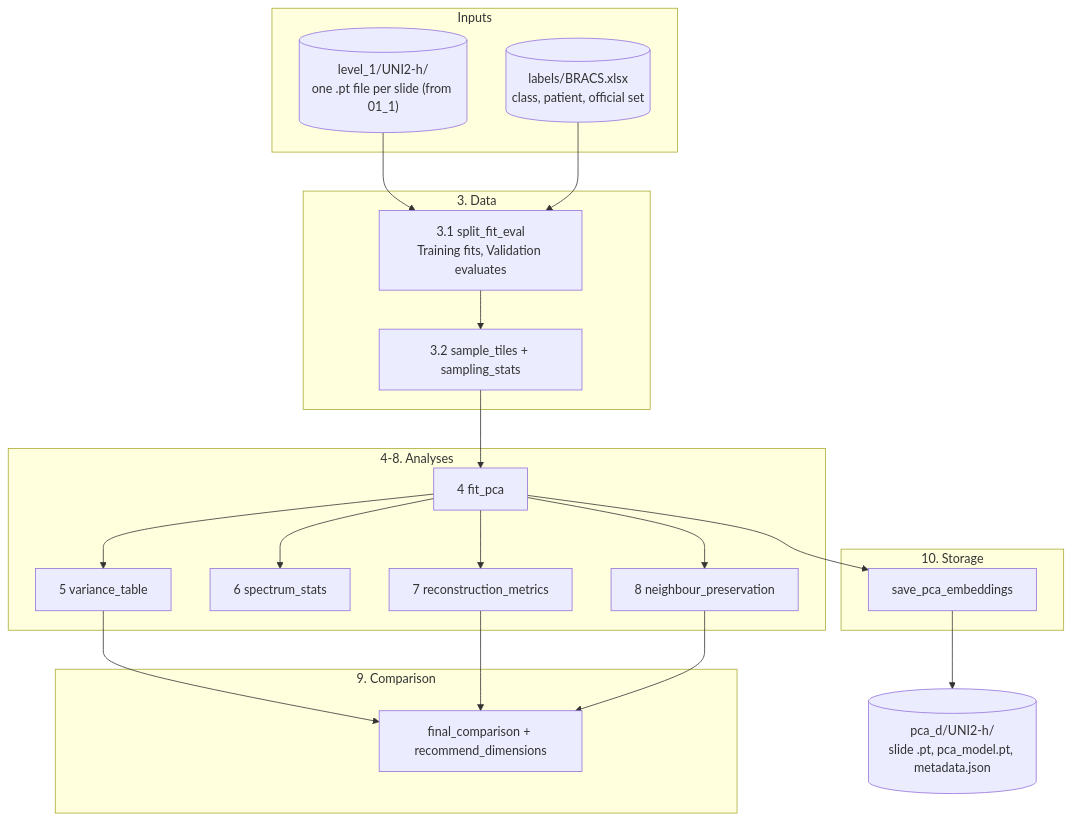
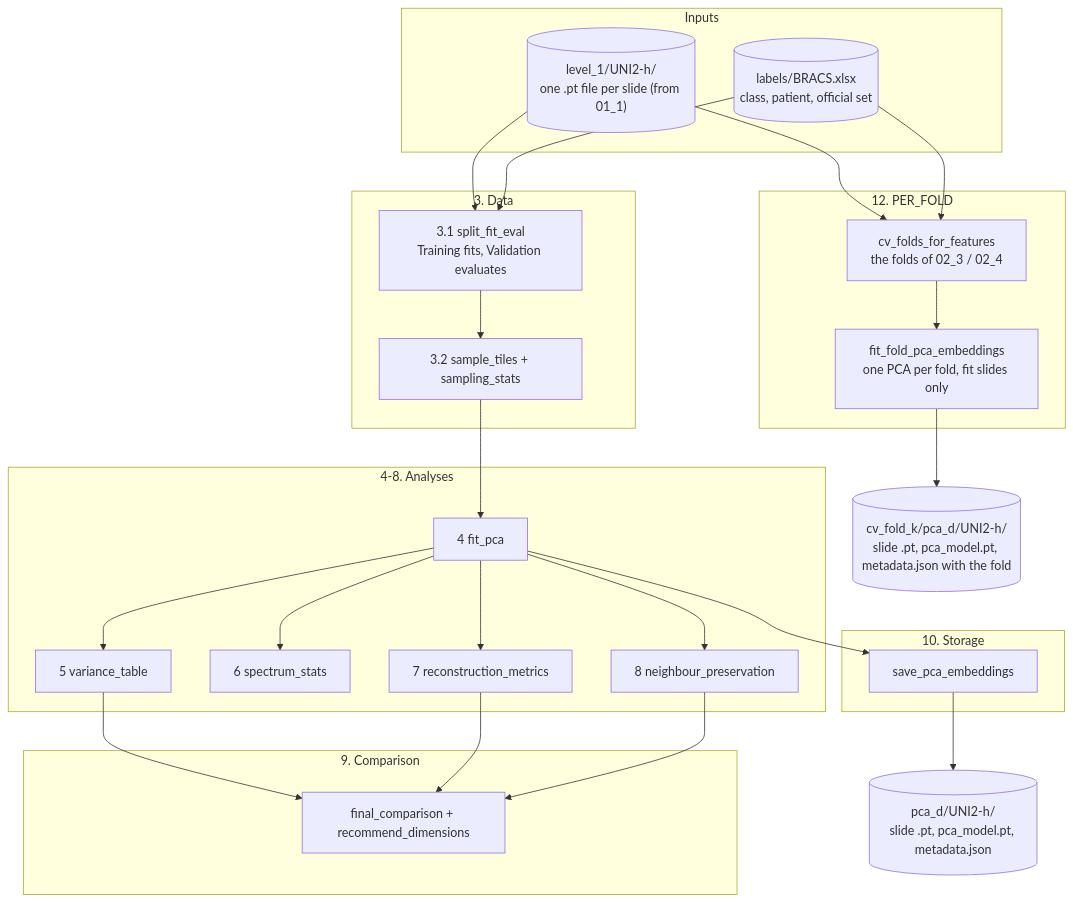
One commit to guisazevedo/phd_streamembed changed the third of 10 diagrams in README.md. Above: the diagram before and after it, drawn with Mermaid. The commit also changed other lines of this file and 32 other files, not shown here.

````diff
--- a/README.md
+++ b/README.md
@@ -252,44 +252,54 @@
 ```mermaid
 flowchart TD
     subgraph IN["Inputs"]
         FEAT[("level_1/UNI2-h/<br/>one .pt file per slide (from 01_1)")]
         LAB[("labels/BRACS.xlsx<br/>class, patient, official set")]
     end
 
     subgraph S3["3. Data"]
         D1["3.1 split_fit_eval<br/>Training fits, Validation evaluates"]
         D2["3.2 sample_tiles + sampling_stats"]
     end
 
     subgraph S4["4-8. Analyses"]
         P1["4 fit_pca"]
         P2["5 variance_table"]
         P3["6 spectrum_stats"]
         P4["7 reconstruction_metrics"]
         P5["8 neighbour_preservation"]
     end
 
     subgraph S9["9. Comparison"]
         C1["final_comparison + recommend_dimensions"]
     end
 
     subgraph S10["10. Storage"]
         W1["save_pca_embeddings"]
     end
 
+    subgraph S12["12. PER_FOLD"]
+        F1["cv_folds_for_features<br/>the folds of 02_3 / 02_4"]
+        F2["fit_fold_pca_embeddings<br/>one PCA per fold, fit slides only"]
+    end
+
     OUT[("pca_d/UNI2-h/<br/>slide .pt, pca_model.pt, metadata.json")]
+    FOUT[("cv_fold_k/pca_d/UNI2-h/<br/>slide .pt, pca_model.pt, metadata.json with the fold")]
 
     FEAT --> D1
     LAB --> D1
     D1 --> D2
     D2 --> P1
     P1 --> P2
     P1 --> P3
     P1 --> P4
     P1 --> P5
     P2 --> C1
     P4 --> C1
     P5 --> C1
     P1 --> W1
     W1 --> OUT
+    FEAT --> F1
+    LAB --> F1
+    F1 --> F2
+    F2 --> FOUT
 ```
````
